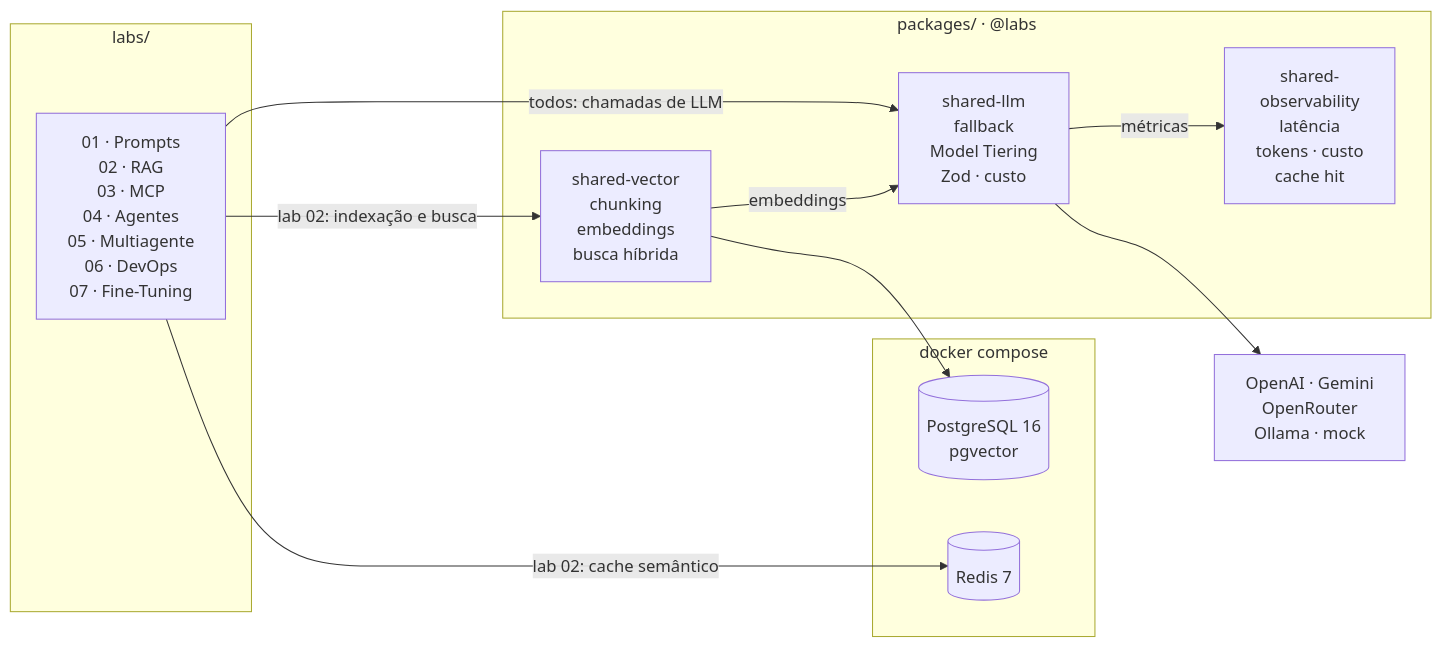
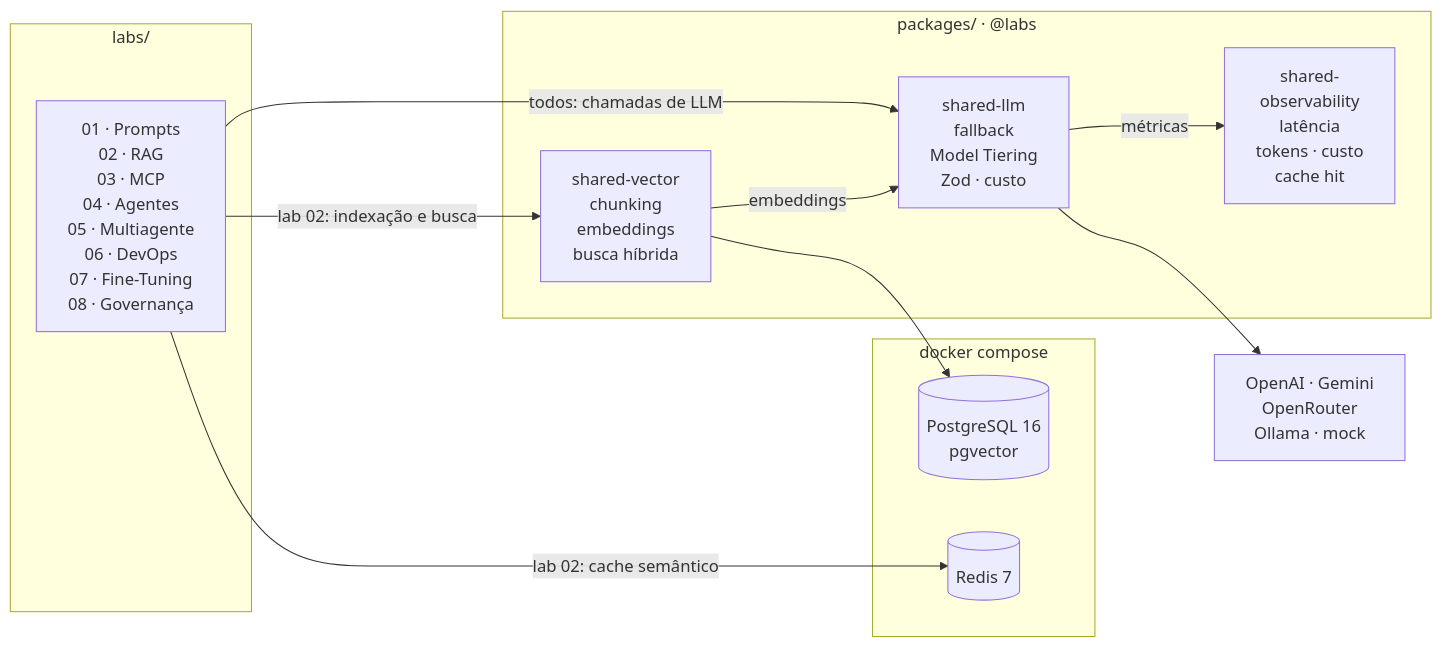
The diagram in README.md (Amad3eu/ai-engineering-labs), drawn with Mermaid before and after one commit. The commit also changed other lines of this file and 19 other files, not shown here.

````diff
--- a/README.md
+++ b/README.md
@@ -26,27 +26,27 @@
 ```mermaid
 flowchart LR
   subgraph labs["labs/"]
-    LABS["01 · Prompts<br/>02 · RAG<br/>03 · MCP<br/>04 · Agentes<br/>05 · Multiagente<br/>06 · DevOps<br/>07 · Fine-Tuning"]
+    LABS["01 · Prompts<br/>02 · RAG<br/>03 · MCP<br/>04 · Agentes<br/>05 · Multiagente<br/>06 · DevOps<br/>07 · Fine-Tuning<br/>08 · Governança"]
   end
 
   subgraph packages["packages/ · @labs"]
     VEC["shared-vector<br/>chunking<br/>embeddings<br/>busca híbrida"]
     LLM["shared-llm<br/>fallback<br/>Model Tiering<br/>Zod · custo"]
     OBS["shared-<br/>observability<br/>latência<br/>tokens · custo<br/>cache hit"]
   end
 
   subgraph infra["docker compose"]
     PG[("PostgreSQL 16<br/>pgvector")]
     RD[("Redis 7")]
   end
 
   PROV["OpenAI · Gemini<br/>OpenRouter<br/>Ollama · mock"]
 
   LABS -->|"todos: chamadas de LLM"| LLM
   LABS -->|"lab 02: indexação e busca"| VEC
   LABS -->|"lab 02: cache semântico"| RD
   VEC -->|"embeddings"| LLM
   VEC --> PG
   LLM -->|"métricas"| OBS
   LLM --> PROV
 ```
````
